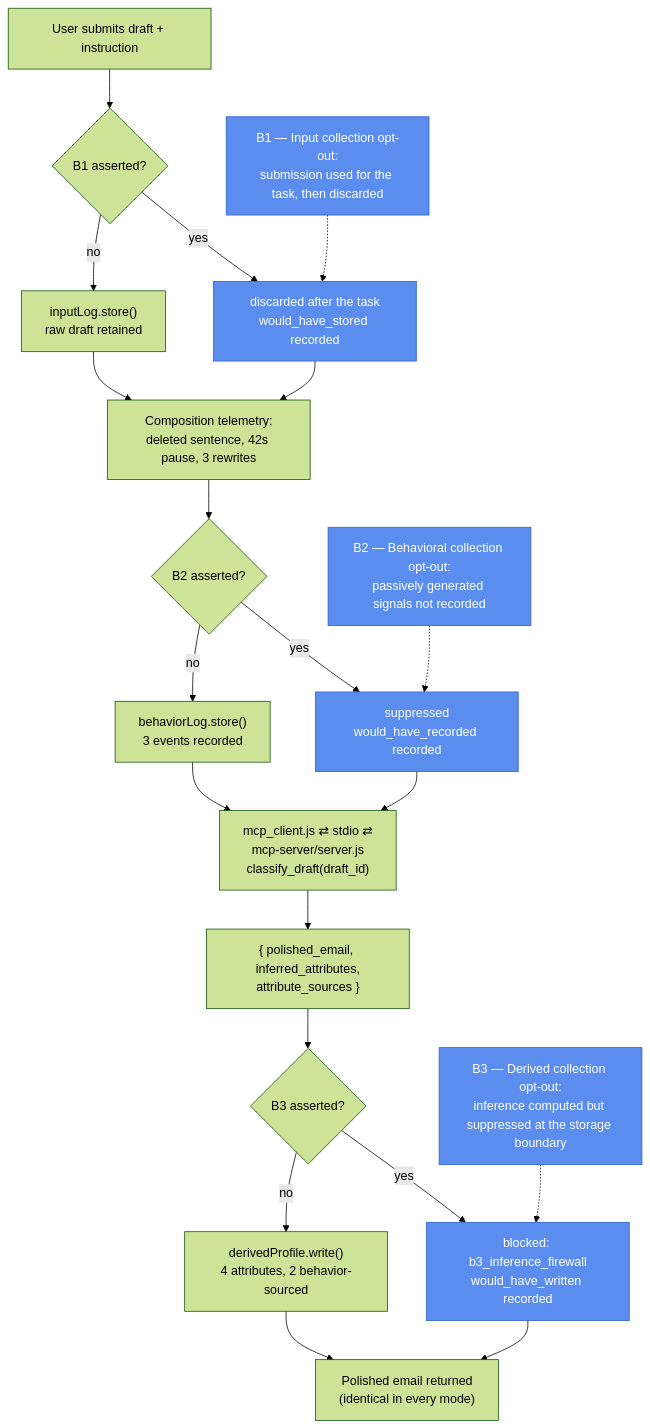
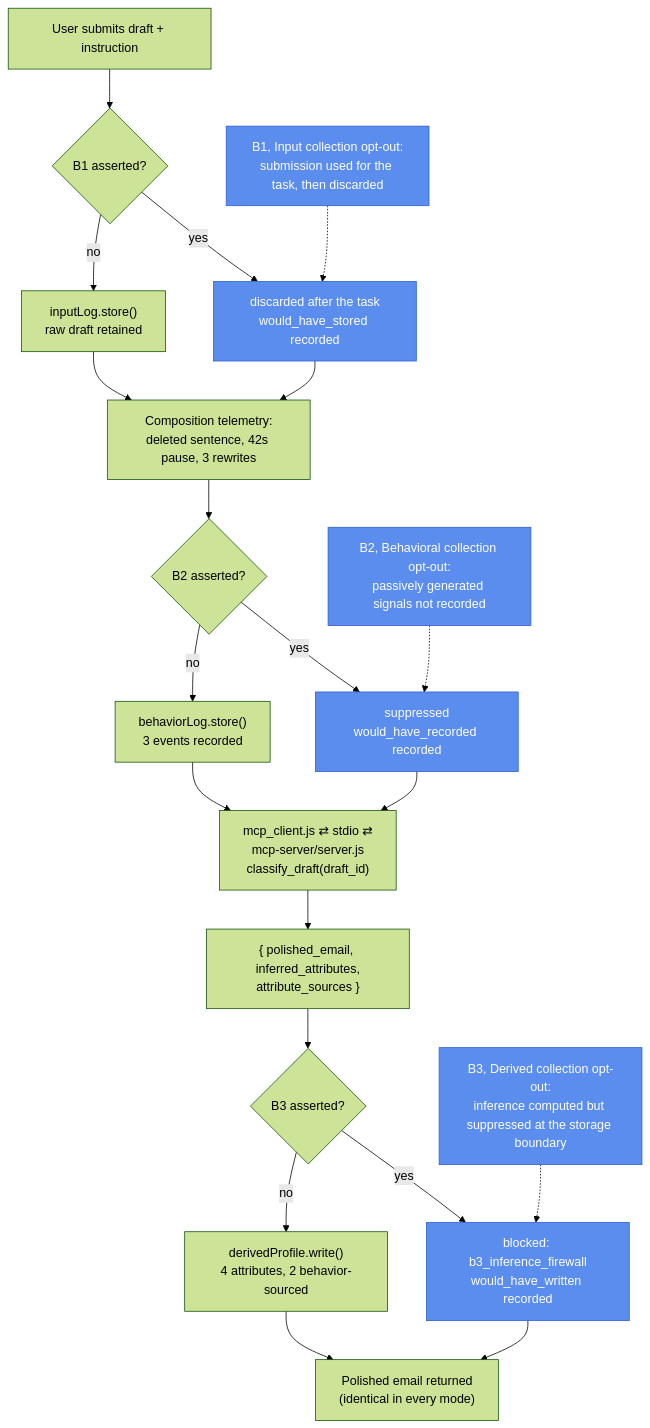
One commit to privacy-tech-lab/gpc-ai-agents-prototypes changed the diagram in prototype-6/README.md. Above: the diagram before and after it, drawn with Mermaid (forest theme). The commit also changed other lines of this file and 7 other files, not shown here.

Commit message:
modified charts

````diff
--- a/prototype-6/README.md
+++ b/prototype-6/README.md
@@ -36,25 +36,25 @@
 ```mermaid
 flowchart TD
     S["User submits draft + instruction"] --> B1{"B1 asserted?"}
     B1 -- "no" --> L1["inputLog.store()\nraw draft retained"]
     B1 -- "yes" --> D1["discarded after the task\nwould_have_stored recorded"]
     L1 --> T["Composition telemetry:\ndeleted sentence, 42s pause, 3 rewrites"]
     D1 --> T
     T --> B2{"B2 asserted?"}
     B2 -- "no" --> L2["behaviorLog.store()\n3 events recorded"]
     B2 -- "yes" --> D2["suppressed\nwould_have_recorded recorded"]
     L2 --> MC["mcp_client.js ⇄ stdio ⇄\nmcp-server/server.js\nclassify_draft(draft_id)"]
     D2 --> MC
     MC --> CL["{ polished_email, inferred_attributes,\nattribute_sources }"]
     CL --> B3{"B3 asserted?"}
     B3 -- "no" --> W["derivedProfile.write()\n4 attributes, 2 behavior-sourced"]
     B3 -- "yes" --> FW["blocked: b3_inference_firewall\nwould_have_written recorded"]
     W --> ANS["Polished email returned\n(identical in every mode)"]
     FW --> ANS
 
     classDef category fill:#5b8def,stroke:#2f5fce,color:#fff
     class D1,D2,FW category
-    B1c["B1 — Input collection opt-out:\nsubmission used for the task, then discarded"]:::category -.-> D1
-    B2c["B2 — Behavioral collection opt-out:\npassively generated signals not recorded"]:::category -.-> D2
-    B3c["B3 — Derived collection opt-out:\ninference computed but suppressed at the storage boundary"]:::category -.-> FW
+    B1c["B1, Input collection opt-out:\nsubmission used for the task, then discarded"]:::category -.-> D1
+    B2c["B2, Behavioral collection opt-out:\npassively generated signals not recorded"]:::category -.-> D2
+    B3c["B3, Derived collection opt-out:\ninference computed but suppressed at the storage boundary"]:::category -.-> FW
 ```
````
